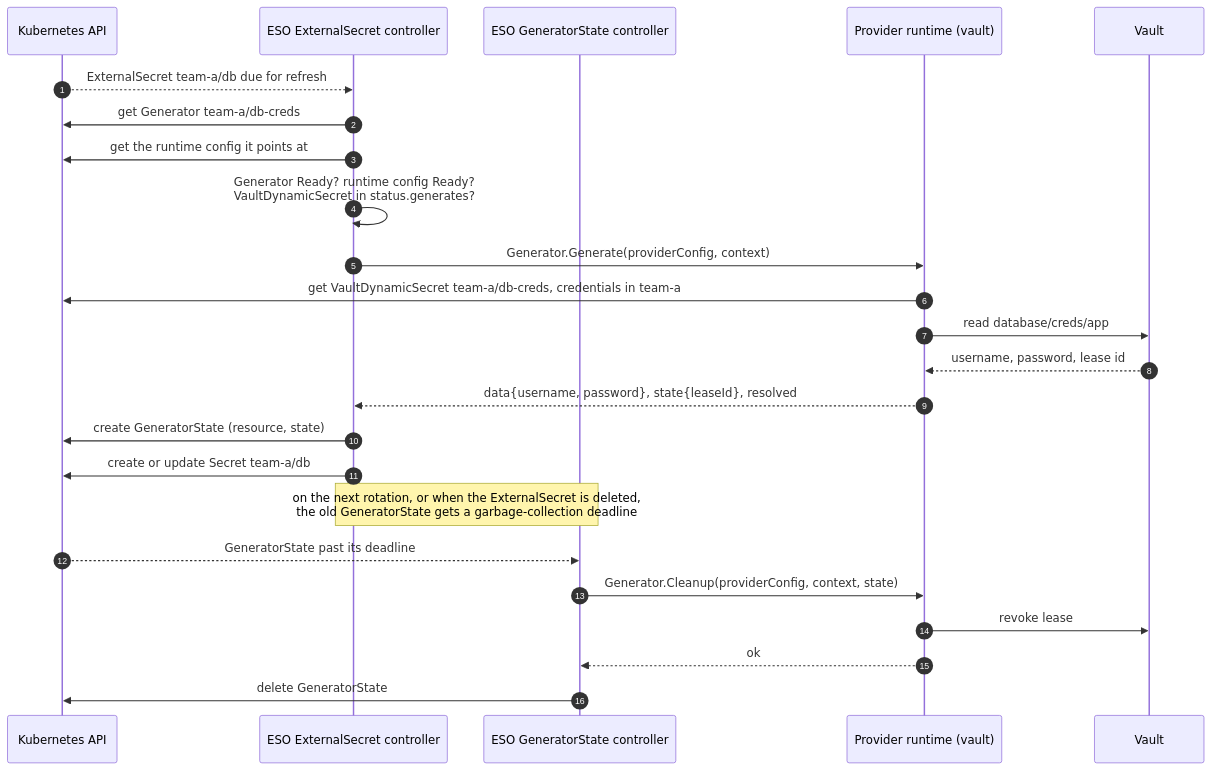
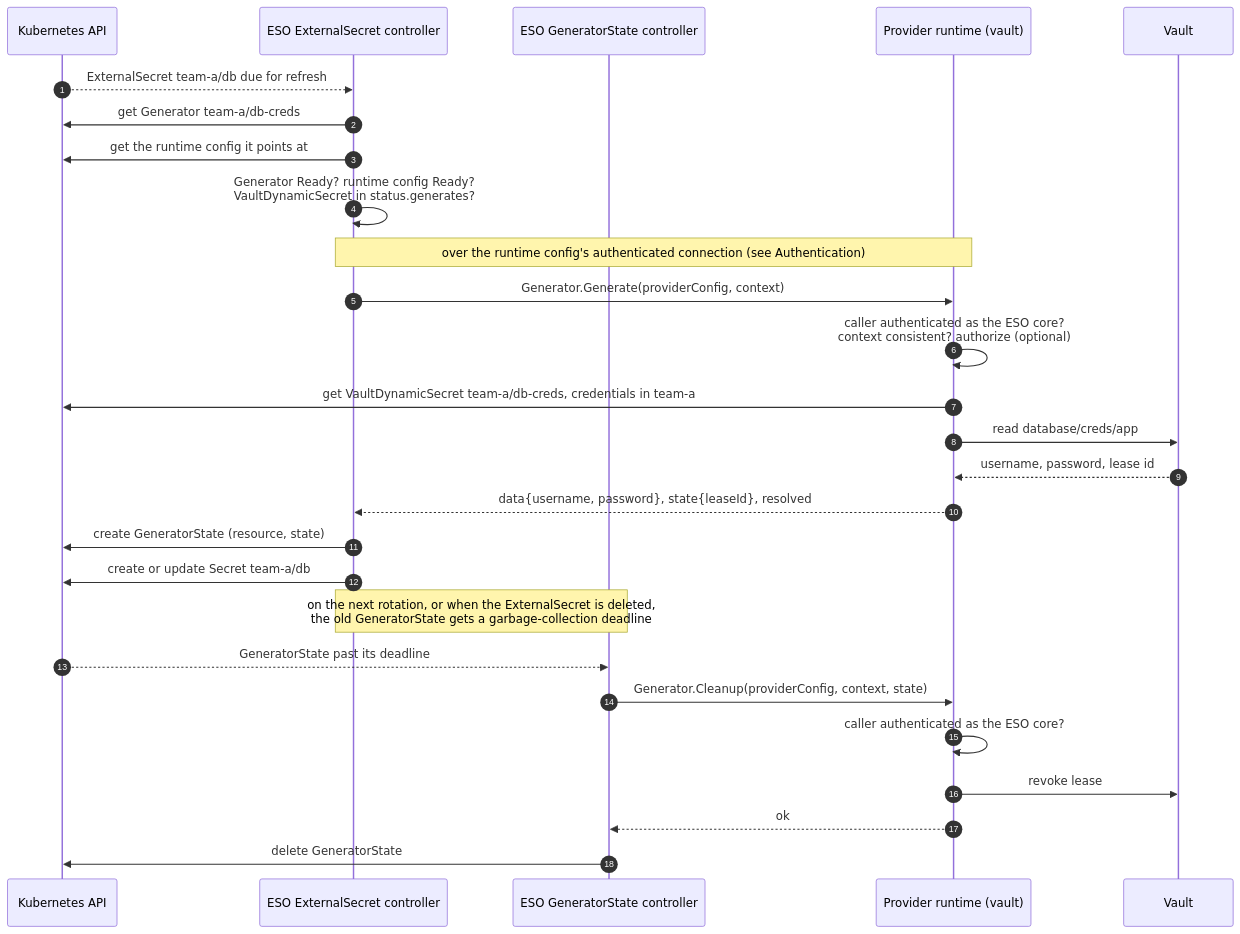
The fifth of 5 diagrams in design/014/PROTOCOL.md (external-secrets/external-secrets), drawn with Mermaid before and after one commit. The commit also changed other lines of this file and 4 other files, not shown here.

````diff
--- a/design/014/PROTOCOL.md
+++ b/design/014/PROTOCOL.md
@@ -284,27 +385,30 @@
 ```mermaid
 sequenceDiagram
     autonumber
     participant K as Kubernetes API
     participant EC as ESO ExternalSecret controller
     participant GC as ESO GeneratorState controller
     participant P as Provider runtime (vault)
     participant B as Vault
 
     K-->>EC: ExternalSecret team-a/db due for refresh
     EC->>K: get Generator team-a/db-creds
     EC->>K: get the runtime config it points at
     EC->>EC: Generator Ready? runtime config Ready?<br/>VaultDynamicSecret in status.generates?
+    Note over EC,P: over the runtime config's authenticated connection (see Authentication)
     EC->>P: Generator.Generate(providerConfig, context)
+    P->>P: caller authenticated as the ESO core?<br/>context consistent? authorize (optional)
     P->>K: get VaultDynamicSecret team-a/db-creds, credentials in team-a
     P->>B: read database/creds/app
     B-->>P: username, password, lease id
     P-->>EC: data{username, password}, state{leaseId}, resolved
     EC->>K: create GeneratorState (resource, state)
     EC->>K: create or update Secret team-a/db
     Note over EC,GC: on the next rotation, or when the ExternalSecret is deleted,<br/>the old GeneratorState gets a garbage-collection deadline
     K-->>GC: GeneratorState past its deadline
     GC->>P: Generator.Cleanup(providerConfig, context, state)
+    P->>P: caller authenticated as the ESO core?
     P->>B: revoke lease
     P-->>GC: ok
     GC->>K: delete GeneratorState
 ```
````
